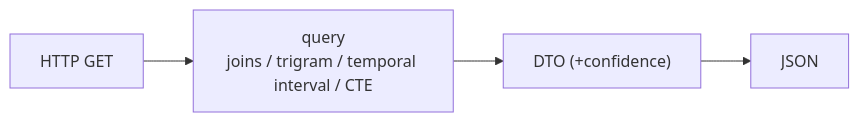
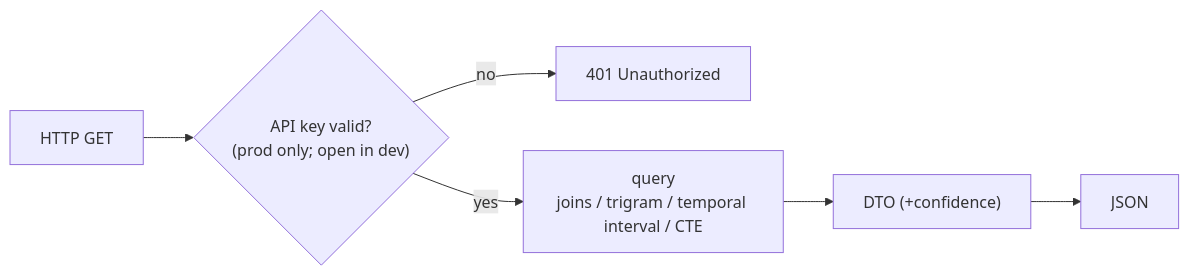
One commit to earelin/mercator changed the diagram in docs/features/read-api.md. Above: the diagram before and after it, drawn with Mermaid. The commit also changed other lines of this file and 8 other files, not shown here.

First line of the commit message:
Require API key auth in production, anonymous in local dev

````diff
--- a/docs/features/read-api.md
+++ b/docs/features/read-api.md
@@ -28,4 +33,6 @@
 ```mermaid
 flowchart LR
-    G["HTTP GET"] --> Q["query<br/>joins / trigram / temporal interval / CTE"] --> DTO["DTO (+confidence)"] --> J["JSON"]
+    G["HTTP GET"] --> A{"API key valid?<br/>(prod only; open in dev)"}
+    A -->|no| E["401 Unauthorized"]
+    A -->|yes| Q["query<br/>joins / trigram / temporal interval / CTE"] --> DTO["DTO (+confidence)"] --> J["JSON"]
 ```
````
